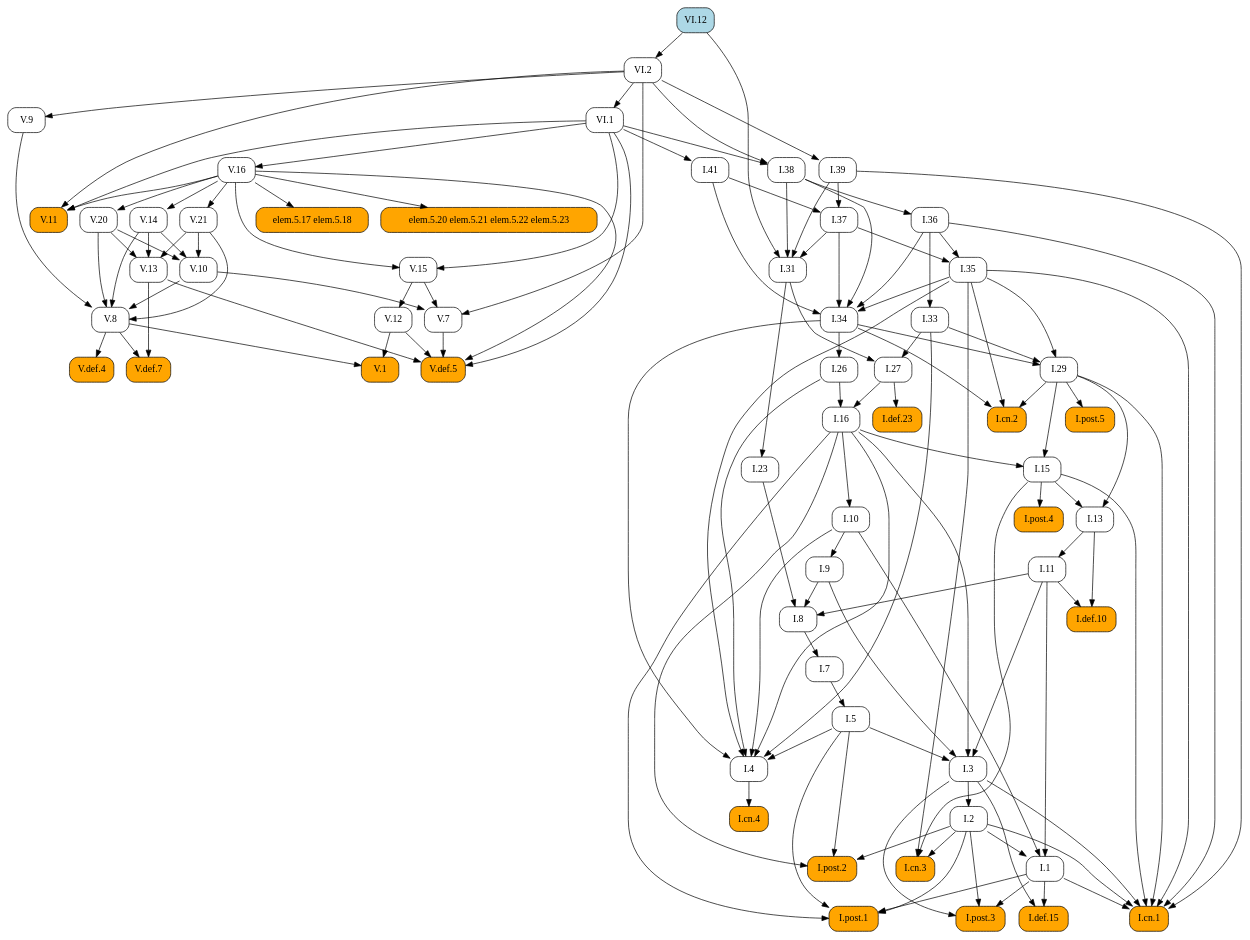
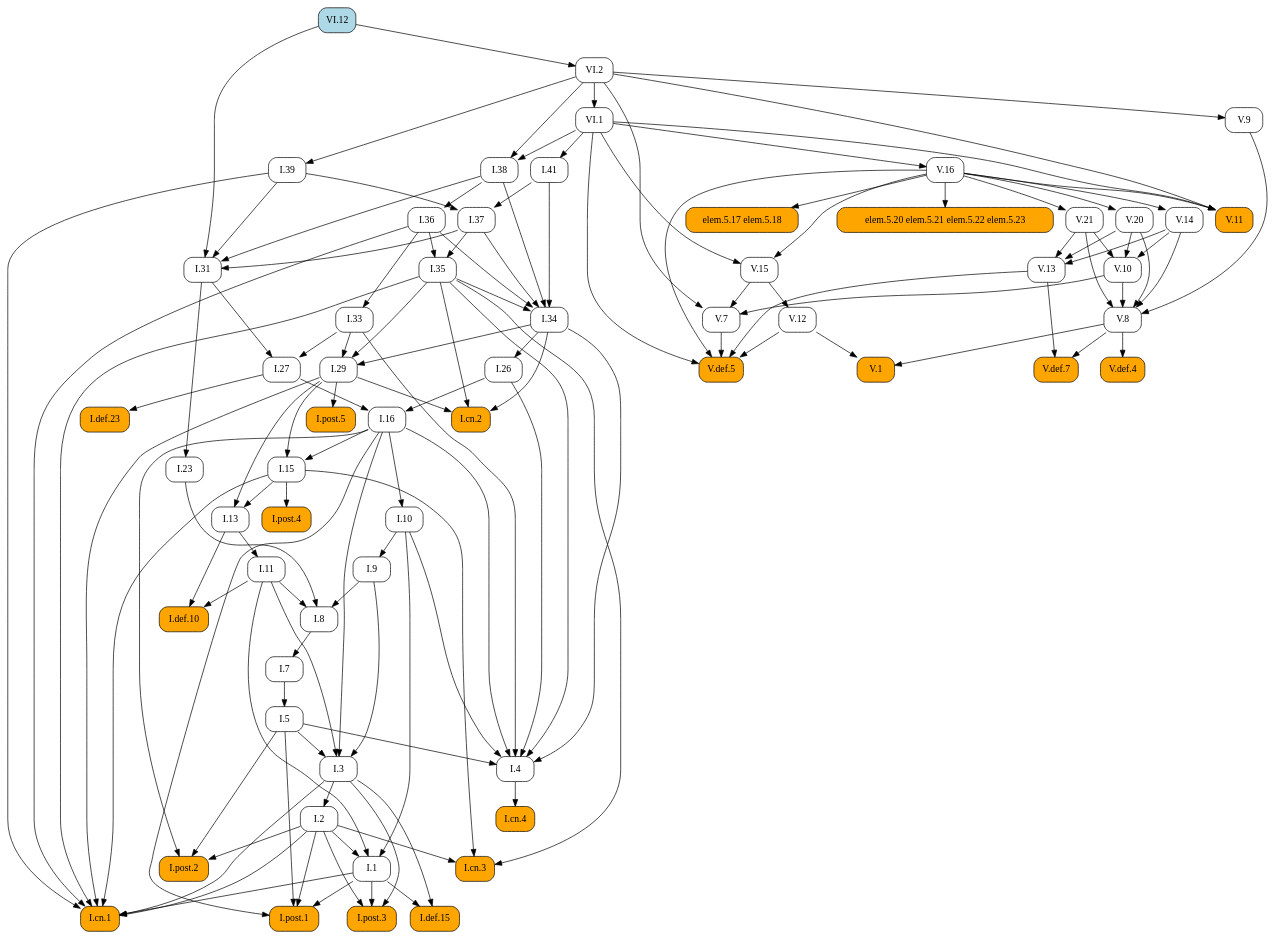
Before and after one commit to geometor/elements: the diagram in docsrc/elements2/VI/12/index.rst, drawn with Graphviz. The commit also changed other lines of this file and 409 other files, not shown here.

First line of the commit message:
feat: Add image cropping and graphic extraction script

```diff
--- a/docsrc/elements2/VI/12/index.rst
+++ b/docsrc/elements2/VI/12/index.rst
@@ -38,136 +38,92 @@
    digraph {
      rankdir="TB";
      node [shape=box, style=rounded];
+     "I.37" [URL="/elements2/I/37/", target="_top"];
+     "V.21" [URL="/elements2/V/21/", target="_top"];
+     "I.31" [URL="/elements2/I/31/", target="_top"];
+     "I.41" [URL="/elements2/I/41/", target="_top"];
      "I.8" [URL="/elements2/I/8/", target="_top"];
+     "V.10" [URL="/elements2/V/10/", target="_top"];
+     "V.8" [URL="/elements2/V/8/", target="_top"];
+     "VI.1" [URL="/elements2/VI/1/", target="_top"];
+     "I.15" [URL="/elements2/I/15/", target="_top"];
+     "I.5" [URL="/elements2/I/5/", target="_top"];
+     "V.def.7" [style="rounded,filled", fillcolor=orange, URL="/elements2/V/def.7/", target="_top"];
+     "V.12" [URL="/elements2/V/12/", target="_top"];
+     "I.26" [URL="/elements2/I/26/", target="_top"];
+     "I.cn.1" [style="rounded,filled", fillcolor=orange, URL="/elements2/I/cn.1/", target="_top"];
+     "elem.5.20 elem.5.21 elem.5.22 elem.5.23" [style="rounded,filled", fillcolor=orange];
+     "I.7" [URL="/elements2/I/7/", target="_top"];
+     "V.def.5" [style="rounded,filled", fillcolor=orange, URL="/elements2/V/def.5/", target="_top"];
+     "I.23" [URL="/elements2/I/23/", target="_top"];
+     "I.16" [URL="/elements2/I/16/", target="_top"];
+     "V.9" [URL="/elements2/V/9/", target="_top"];
+     "I.34" [URL="/elements2/I/34/", target="_top"];
+     "I.35" [URL="/elements2/I/35/", target="_top"];
+     "I.33" [URL="/elements2/I/33/", target="_top"];
+     "V.15" [URL="/elements2/V/15/", target="_top"];
+     "VI.12" [style="rounded,filled", fillcolor=lightblue, URL="/elements2/VI/12/", target="_top"];
+     "V.14" [URL="/elements2/V/14/", target="_top"];
+     "elem.5.17 elem.5.18" [style="rounded,filled", fillcolor=orange];
+     "I.def.15" [style="rounded,filled", fillcolor=orange, URL="/elements2/I/def.15/", target="_top"];
+     "I.38" [URL="/elements2/I/38/", target="_top"];
      "V.20" [URL="/elements2/V/20/", target="_top"];
+     "I.def.23" [style="rounded,filled", fillcolor=orange, URL="/elements2/I/def.23/", target="_top"];
+     "I.post.4" [style="rounded,filled", fillcolor=orange, URL="/elements2/I/post.4/", target="_top"];
+     "V.16" [URL="/elements2/V/16/", target="_top"];
+     "I.11" [URL="/elements2/I/11/", target="_top"];
+     "I.post.5" [style="rounded,filled", fillcolor=orange, URL="/elements2/I/post.5/", target="_top"];
+     "I.def.10" [style="rounded,filled", fillcolor=orange, URL="/elements2/I/def.10/", target="_top"];
+     "I.3" [URL="/elements2/I/3/", target="_top"];
+     "I.10" [URL="/elements2/I/10/", target="_top"];
+     "V.11" [style="rounded,filled", fillcolor=orange, URL="/elements2/V/11/", target="_top"];
+     "I.cn.3" [style="rounded,filled", fillcolor=orange, URL="/elements2/I/cn.3/", target="_top"];
+     "I.13" [URL="/elements2/I/13/", target="_top"];
+     "I.4" [URL="/elements2/I/4/", target="_top"];
+     "I.post.3" [style="rounded,filled", fillcolor=orange, URL="/elements2/I/post.3/", target="_top"];
+     "I.9" [URL="/elements2/I/9/", target="_top"];
+     "I.29" [URL="/elements2/I/29/", target="_top"];
+     "I.39" [URL="/elements2/I/39/", target="_top"];
      "I.36" [URL="/elements2/I/36/", target="_top"];
-     "V.def.5" [style="rounded,filled", fillcolor=orange, URL="/elements2/V/def.5/", target="_top"];
-     "VI.12" [style="rounded,filled", fillcolor=lightblue, URL="/elements2/VI/12/", target="_top"];
-     "V.def.7" [style="rounded,filled", fillcolor=orange, URL="/elements2/V/def.7/", target="_top"];
+     "V.13" [URL="/elements2/V/13/", target="_top"];
      "I.post.1" [style="rounded,filled", fillcolor=orange, URL="/elements2/I/post.1/", target="_top"];
+     "I.2" [URL="/elements2/I/2/", target="_top"];
      "V.def.4" [style="rounded,filled", fillcolor=orange, URL="/elements2/V/def.4/", target="_top"];
-     "I.33" [URL="/elements2/I/33/", target="_top"];
-     "I.5" [URL="/elements2/I/5/", target="_top"];
-     "I.38" [URL="/elements2/I/38/", target="_top"];
-     "elem.5.17 elem.5.18" [style="rounded,filled", fillcolor=orange];
-     "VI.1" [URL="/elements2/VI/1/", target="_top"];
-     "V.11" [style="rounded,filled", fillcolor=orange, URL="/elements2/V/11/", target="_top"];
-     "I.post.5" [style="rounded,filled", fillcolor=orange, URL="/elements2/I/post.5/", target="_top"];
-     "V.13" [URL="/elements2/V/13/", target="_top"];
-     "I.def.10" [style="rounded,filled", fillcolor=orange, URL="/elements2/I/def.10/", target="_top"];
+     "VI.2" [URL="/elements2/VI/2/", target="_top"];
+     "I.27" [URL="/elements2/I/27/", target="_top"];
+     "V.1" [style="rounded,filled", fillcolor=orange, URL="/elements2/V/1/", target="_top"];
+     "I.1" [URL="/elements2/I/1/", target="_top"];
      "I.cn.2" [style="rounded,filled", fillcolor=orange, URL="/elements2/I/cn.2/", target="_top"];
-     "V.9" [URL="/elements2/V/9/", target="_top"];
-     "V.16" [URL="/elements2/V/16/", target="_top"];
-     "I.def.15" [style="rounded,filled", fillcolor=orange, URL="/elements2/I/def.15/", target="_top"];
-     "I.31" [URL="/elements2/I/31/", target="_top"];
-     "V.15" [URL="/elements2/V/15/", target="_top"];
-     "I.11" [URL="/elements2/I/11/", target="_top"];
-     "I.3" [URL="/elements2/I/3/", target="_top"];
-     "I.def.23" [style="rounded,filled", fillcolor=orange, URL="/elements2/I/def.23/", target="_top"];
+     "V.7" [URL="/elements2/V/7/", target="_top"];
+     "I.cn.4" [style="rounded,filled", fillcolor=orange, URL="/elements2/I/cn.4/", target="_top"];
      "I.post.2" [style="rounded,filled", fillcolor=orange, URL="/elements2/I/post.2/", target="_top"];
-     "I.26" [URL="/elements2/I/26/", target="_top"];
-     "V.14" [URL="/elements2/V/14/", target="_top"];
-     "V.10" [URL="/elements2/V/10/", target="_top"];
-     "I.1" [URL="/elements2/I/1/", target="_top"];
-     "I.cn.3" [style="rounded,filled", fillcolor=orange, URL="/elements2/I/cn.3/", target="_top"];
-     "I.cn.4" [style="rounded,filled", fillcolor=orange, URL="/elements2/I/cn.4/", target="_top"];
-     "I.7" [URL="/elements2/I/7/", target="_top"];
-     "I.9" [URL="/elements2/I/9/", target="_top"];
-     "V.7" [URL="/elements2/V/7/", target="_top"];
-     "I.cn.1" [style="rounded,filled", fillcolor=orange, URL="/elements2/I/cn.1/", target="_top"];
-     "I.29" [URL="/elements2/I/29/", target="_top"];
-     "I.16" [URL="/elements2/I/16/", target="_top"];
-     "V.1" [style="rounded,filled", fillcolor=orange, URL="/elements2/V/1/", target="_top"];
-     "V.12" [URL="/elements2/V/12/", target="_top"];
-     "V.21" [URL="/elements2/V/21/", target="_top"];
-     "elem.5.20 elem.5.21 elem.5.22 elem.5.23" [style="rounded,filled", fillcolor=orange];
-     "I.41" [URL="/elements2/I/41/", target="_top"];
-     "I.35" [URL="/elements2/I/35/", target="_top"];
-     "I.13" [URL="/elements2/I/13/", target="_top"];
-     "I.post.4" [style="rounded,filled", fillcolor=orange, URL="/elements2/I/post.4/", target="_top"];
-     "I.27" [URL="/elements2/I/27/", target="_top"];
-     "I.37" [URL="/elements2/I/37/", target="_top"];
-     "I.2" [URL="/elements2/I/2/", target="_top"];
-     "I.4" [URL="/elements2/I/4/", target="_top"];
-     "V.8" [URL="/elements2/V/8/", target="_top"];
-     "VI.2" [URL="/elements2/VI/2/", target="_top"];
-     "I.39" [URL="/elements2/I/39/", target="_top"];
-     "I.10" [URL="/elements2/I/10/", target="_top"];
-     "I.15" [URL="/elements2/I/15/", target="_top"];
-     "I.34" [URL="/elements2/I/34/", target="_top"];
-     "I.23" [URL="/elements2/I/23/", target="_top"];
-     "I.post.3" [style="rounded,filled", fillcolor=orange, URL="/elements2/I/post.3/", target="_top"];
-     "I.9" -> "I.8";
-     "I.11" -> "I.8";
-     "I.23" -> "I.8";
-     "V.16" -> "V.20";
-     "I.38" -> "I.36";
-     "V.7" -> "V.def.5";
-     "V.12" -> "V.def.5";
-     "V.13" -> "V.def.5";
-     "V.16" -> "V.def.5";
-     "VI.1" -> "V.def.5";
-     "V.8" -> "V.def.7";
-     "V.13" -> "V.def.7";
-     "I.1" -> "I.post.1";
-     "I.2" -> "I.post.1";
-     "I.5" -> "I.post.1";
-     "I.16" -> "I.post.1";
-     "V.8" -> "V.def.4";
-     "I.36" -> "I.33";
-     "I.7" -> "I.5";
-     "VI.1" -> "I.38";
-     "VI.2" -> "I.38";
-     "V.16" -> "elem.5.17 elem.5.18";
-     "VI.2" -> "VI.1";
-     "V.16" -> "V.11";
-     "VI.1" -> "V.11";
-     "VI.2" -> "V.11";
-     "I.29" -> "I.post.5";
-     "V.14" -> "V.13";
-     "V.20" -> "V.13";
-     "V.21" -> "V.13";
-     "I.11" -> "I.def.10";
-     "I.13" -> "I.def.10";
-     "I.29" -> "I.cn.2";
-     "I.34" -> "I.cn.2";
-     "I.35" -> "I.cn.2";
-     "VI.2" -> "V.9";
-     "VI.1" -> "V.16";
-     "I.1" -> "I.def.15";
-     "I.3" -> "I.def.15";
+     "I.39" -> "I.37";
+     "I.41" -> "I.37";
+     "V.16" -> "V.21";
      "I.37" -> "I.31";
      "I.38" -> "I.31";
      "I.39" -> "I.31";
      "VI.12" -> "I.31";
-     "V.16" -> "V.15";
-     "VI.1" -> "V.15";
-     "I.13" -> "I.11";
-     "I.5" -> "I.3";
-     "I.9" -> "I.3";
-     "I.11" -> "I.3";
-     "I.16" -> "I.3";
-     "I.27" -> "I.def.23";
-     "I.2" -> "I.post.2";
-     "I.5" -> "I.post.2";
-     "I.16" -> "I.post.2";
-     "I.34" -> "I.26";
-     "V.16" -> "V.14";
+     "VI.1" -> "I.41";
+     "I.9" -> "I.8";
+     "I.11" -> "I.8";
+     "I.23" -> "I.8";
      "V.14" -> "V.10";
      "V.20" -> "V.10";
      "V.21" -> "V.10";
-     "I.2" -> "I.1";
-     "I.10" -> "I.1";
-     "I.11" -> "I.1";
-     "I.2" -> "I.cn.3";
-     "I.15" -> "I.cn.3";
-     "I.35" -> "I.cn.3";
-     "I.4" -> "I.cn.4";
-     "I.8" -> "I.7";
-     "I.10" -> "I.9";
-     "V.10" -> "V.7";
-     "V.15" -> "V.7";
-     "VI.2" -> "V.7";
+     "V.9" -> "V.8";
+     "V.10" -> "V.8";
+     "V.14" -> "V.8";
+     "V.20" -> "V.8";
+     "V.21" -> "V.8";
+     "VI.2" -> "VI.1";
+     "I.16" -> "I.15";
+     "I.29" -> "I.15";
+     "I.7" -> "I.5";
+     "V.8" -> "V.def.7";
+     "V.13" -> "V.def.7";
+     "V.15" -> "V.12";
+     "I.34" -> "I.26";
      "I.1" -> "I.cn.1";
      "I.2" -> "I.cn.1";
      "I.3" -> "I.cn.1";
@@ -176,27 +132,54 @@
      "I.35" -> "I.cn.1";
      "I.36" -> "I.cn.1";
      "I.39" -> "I.cn.1";
-     "I.33" -> "I.29";
-     "I.34" -> "I.29";
-     "I.35" -> "I.29";
+     "V.16" -> "elem.5.20 elem.5.21 elem.5.22 elem.5.23";
+     "I.8" -> "I.7";
+     "V.7" -> "V.def.5";
+     "V.12" -> "V.def.5";
+     "V.13" -> "V.def.5";
+     "V.16" -> "V.def.5";
+     "VI.1" -> "V.def.5";
+     "I.31" -> "I.23";
      "I.26" -> "I.16";
      "I.27" -> "I.16";
-     "V.8" -> "V.1";
-     "V.12" -> "V.1";
-     "V.15" -> "V.12";
-     "V.16" -> "V.21";
-     "V.16" -> "elem.5.20 elem.5.21 elem.5.22 elem.5.23";
-     "VI.1" -> "I.41";
+     "VI.2" -> "V.9";
+     "I.35" -> "I.34";
+     "I.36" -> "I.34";
+     "I.37" -> "I.34";
+     "I.38" -> "I.34";
+     "I.41" -> "I.34";
      "I.36" -> "I.35";
      "I.37" -> "I.35";
+     "I.36" -> "I.33";
+     "V.16" -> "V.15";
+     "VI.1" -> "V.15";
+     "V.16" -> "V.14";
+     "V.16" -> "elem.5.17 elem.5.18";
+     "I.1" -> "I.def.15";
+     "I.3" -> "I.def.15";
+     "VI.1" -> "I.38";
+     "VI.2" -> "I.38";
+     "V.16" -> "V.20";
+     "I.27" -> "I.def.23";
+     "I.15" -> "I.post.4";
+     "VI.1" -> "V.16";
+     "I.13" -> "I.11";
+     "I.29" -> "I.post.5";
+     "I.11" -> "I.def.10";
+     "I.13" -> "I.def.10";
+     "I.5" -> "I.3";
+     "I.9" -> "I.3";
+     "I.11" -> "I.3";
+     "I.16" -> "I.3";
+     "I.16" -> "I.10";
+     "V.16" -> "V.11";
+     "VI.1" -> "V.11";
+     "VI.2" -> "V.11";
+     "I.2" -> "I.cn.3";
+     "I.15" -> "I.cn.3";
+     "I.35" -> "I.cn.3";
      "I.15" -> "I.13";
      "I.29" -> "I.13";
-     "I.15" -> "I.post.4";
-     "I.31" -> "I.27";
-     "I.33" -> "I.27";
-     "I.39" -> "I.37";
-     "I.41" -> "I.37";
-     "I.3" -> "I.2";
      "I.5" -> "I.4";
      "I.10" -> "I.4";
      "I.16" -> "I.4";
@@ -204,23 +187,40 @@
      "I.33" -> "I.4";
      "I.34" -> "I.4";
      "I.35" -> "I.4";
-     "V.9" -> "V.8";
-     "V.10" -> "V.8";
-     "V.14" -> "V.8";
-     "V.20" -> "V.8";
-     "V.21" -> "V.8";
-     "VI.12" -> "VI.2";
-     "VI.2" -> "I.39";
-     "I.16" -> "I.10";
-     "I.16" -> "I.15";
-     "I.29" -> "I.15";
-     "I.35" -> "I.34";
-     "I.36" -> "I.34";
-     "I.37" -> "I.34";
-     "I.38" -> "I.34";
-     "I.41" -> "I.34";
-     "I.31" -> "I.23";
      "I.1" -> "I.post.3";
      "I.2" -> "I.post.3";
      "I.3" -> "I.post.3";
+     "I.10" -> "I.9";
+     "I.33" -> "I.29";
+     "I.34" -> "I.29";
+     "I.35" -> "I.29";
+     "VI.2" -> "I.39";
+     "I.38" -> "I.36";
+     "V.14" -> "V.13";
+     "V.20" -> "V.13";
+     "V.21" -> "V.13";
+     "I.1" -> "I.post.1";
+     "I.2" -> "I.post.1";
+     "I.5" -> "I.post.1";
+     "I.16" -> "I.post.1";
+     "I.3" -> "I.2";
+     "V.8" -> "V.def.4";
+     "VI.12" -> "VI.2";
+     "I.31" -> "I.27";
+     "I.33" -> "I.27";
+     "V.8" -> "V.1";
+     "V.12" -> "V.1";
+     "I.2" -> "I.1";
+     "I.10" -> "I.1";
+     "I.11" -> "I.1";
+     "I.29" -> "I.cn.2";
+     "I.34" -> "I.cn.2";
+     "I.35" -> "I.cn.2";
+     "V.10" -> "V.7";
+     "V.15" -> "V.7";
+     "VI.2" -> "V.7";
+     "I.4" -> "I.cn.4";
+     "I.2" -> "I.post.2";
+     "I.5" -> "I.post.2";
+     "I.16" -> "I.post.2";
    }
```
